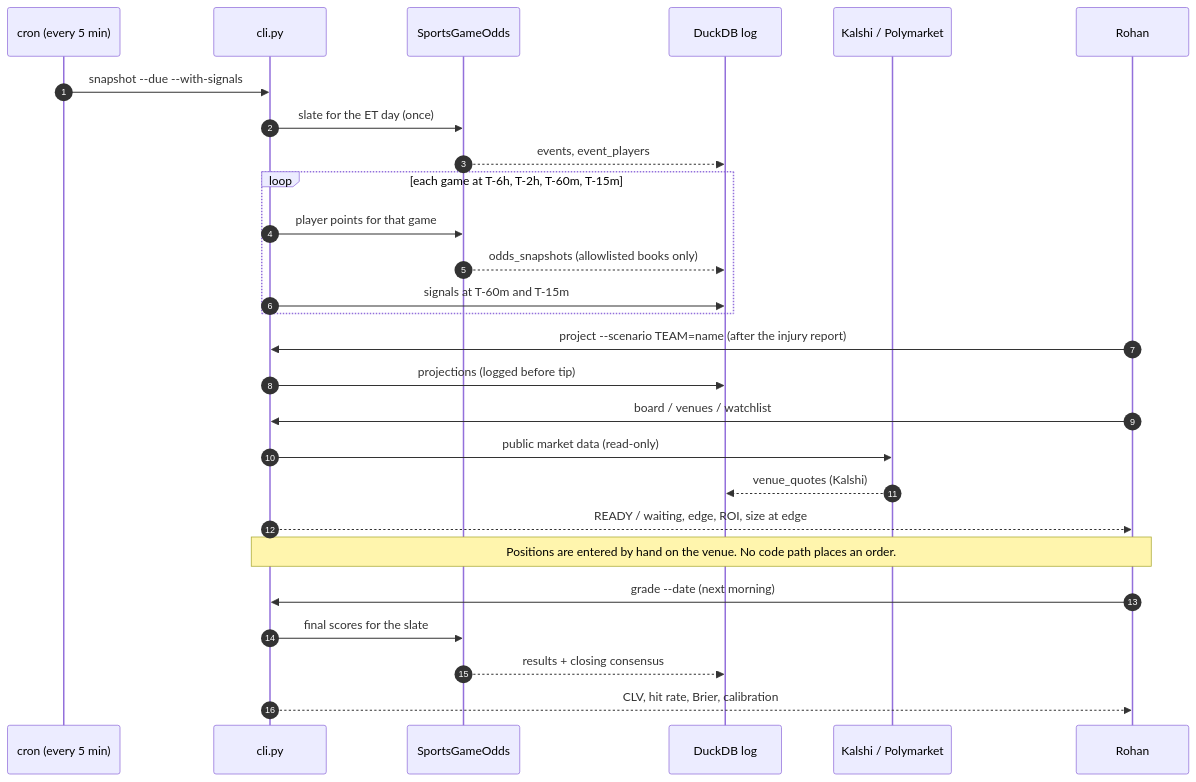
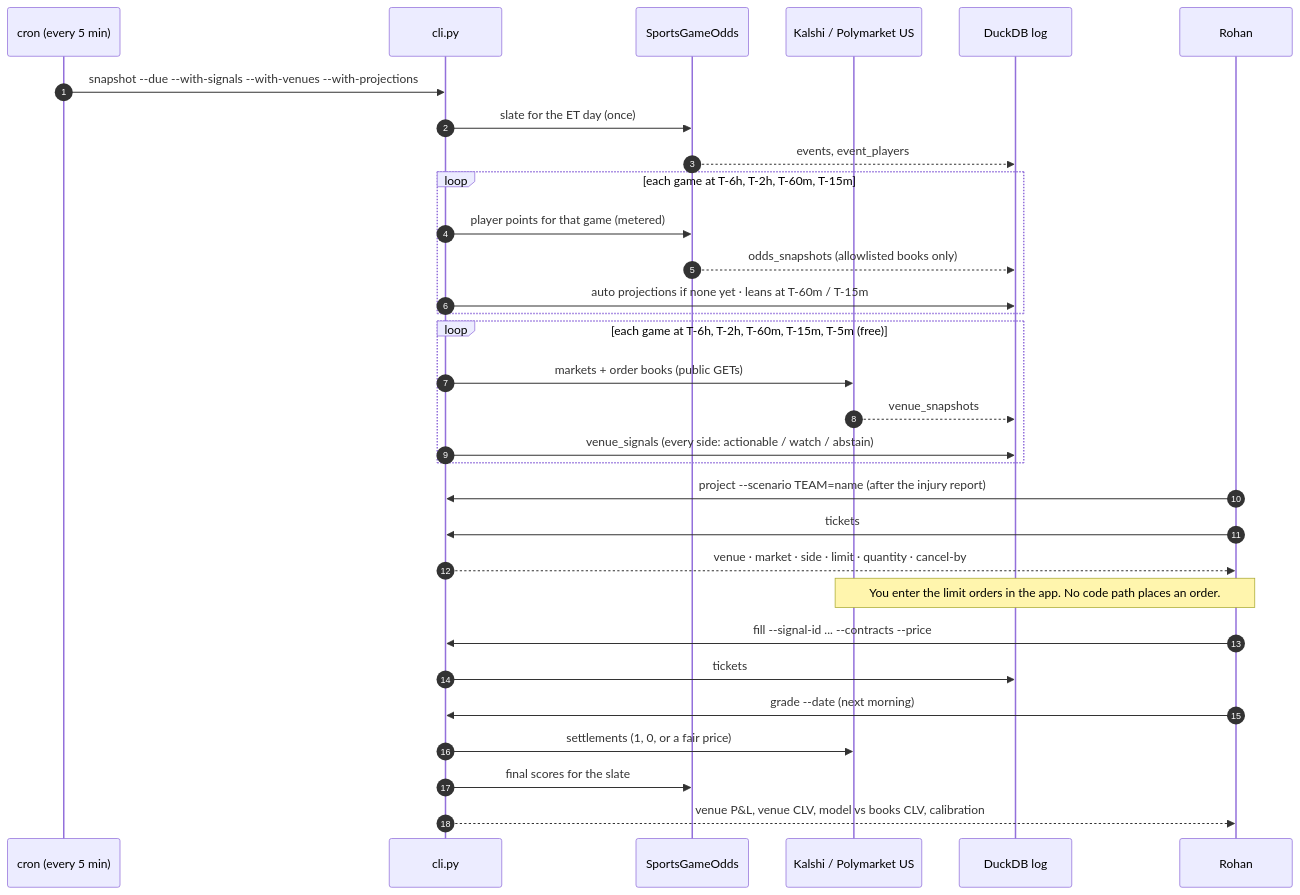
One commit to RohanRepala0/NBA_RFQ_2026_Models changed the fourth of 5 diagrams in docs/ARCHITECTURE.md. Above: the diagram before and after it, drawn with Mermaid. The commit also changed other lines of this file and 26 other files, not shown here.

````diff
--- a/docs/ARCHITECTURE.md
+++ b/docs/ARCHITECTURE.md
@@ -112,30 +146,34 @@
 ```mermaid
 sequenceDiagram
     autonumber
     participant Cron as cron (every 5 min)
     participant CLI as cli.py
     participant SGO as SportsGameOdds
+    participant Venues as Kalshi / Polymarket US
     participant DB as DuckDB log
-    participant Venues as Kalshi / Polymarket
     participant You as Rohan
 
-    Cron->>CLI: snapshot --due --with-signals
+    Cron->>CLI: snapshot --due --with-signals --with-venues --with-projections
     CLI->>SGO: slate for the ET day (once)
     SGO-->>DB: events, event_players
     loop each game at T-6h, T-2h, T-60m, T-15m
-        CLI->>SGO: player points for that game
+        CLI->>SGO: player points for that game (metered)
         SGO-->>DB: odds_snapshots (allowlisted books only)
-        CLI->>DB: signals at T-60m and T-15m
+        CLI->>DB: auto projections if none yet · leans at T-60m / T-15m
+    end
+    loop each game at T-6h, T-2h, T-60m, T-15m, T-5m (free)
+        CLI->>Venues: markets + order books (public GETs)
+        Venues-->>DB: venue_snapshots
+        CLI->>DB: venue_signals (every side: actionable / watch / abstain)
     end
     You->>CLI: project --scenario TEAM=name (after the injury report)
-    CLI->>DB: projections (logged before tip)
-    You->>CLI: board / venues / watchlist
-    CLI->>Venues: public market data (read-only)
-    Venues-->>DB: venue_quotes (Kalshi)
-    CLI-->>You: READY / waiting, edge, ROI, size at edge
-    Note over CLI,You: Positions are entered by hand on the venue. No code path places an order.
+    You->>CLI: tickets
+    CLI-->>You: venue · market · side · limit · quantity · cancel-by
+    Note over Venues,You: You enter the limit orders in the app. No code path places an order.
+    You->>CLI: fill --signal-id ... --contracts --price
+    CLI->>DB: tickets
     You->>CLI: grade --date (next morning)
+    CLI->>Venues: settlements (1, 0, or a fair price)
     CLI->>SGO: final scores for the slate
-    SGO-->>DB: results + closing consensus
-    CLI-->>You: CLV, hit rate, Brier, calibration
+    CLI-->>You: venue P&L, venue CLV, model vs books CLV, calibration
 ```
````
